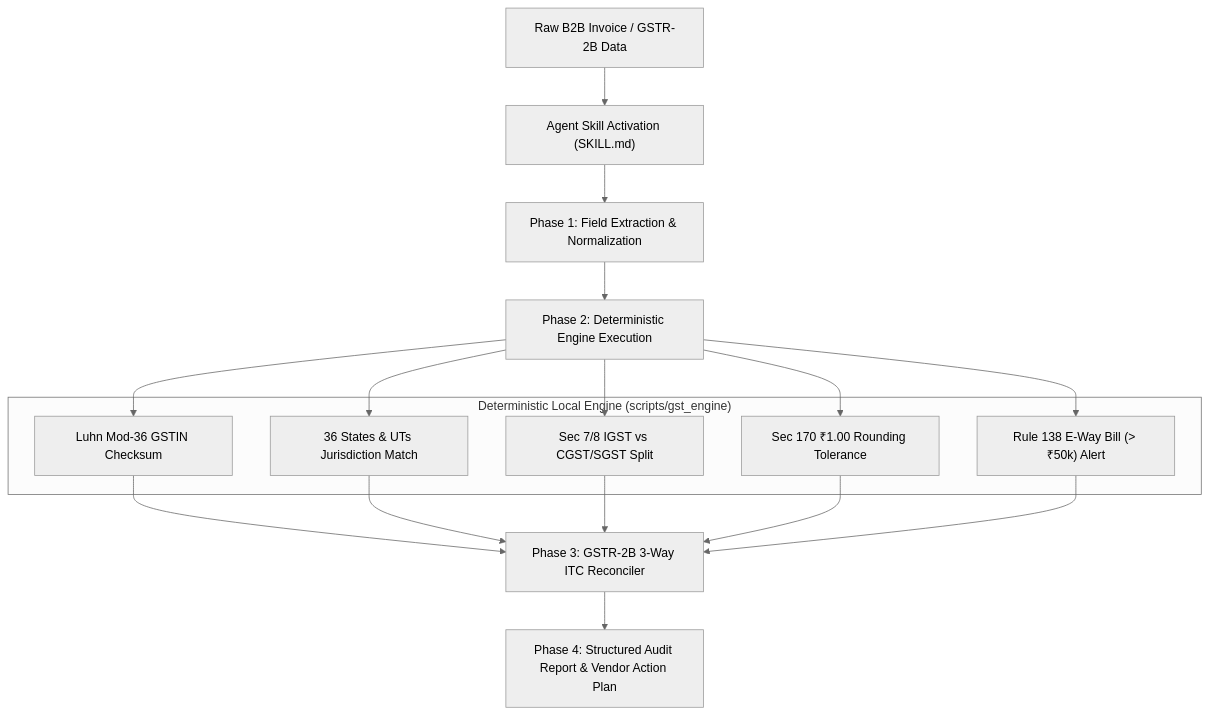
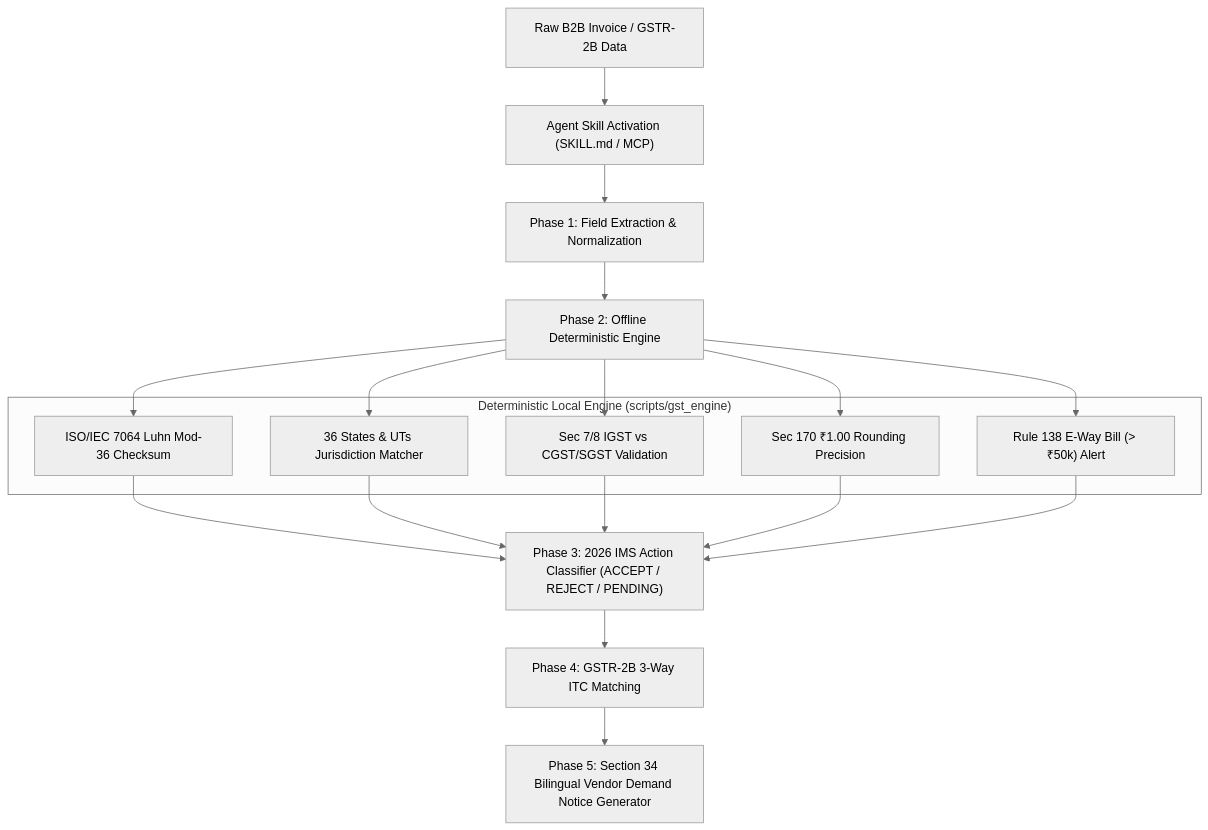
One commit to amankr-55/unstop-project changed the diagram in README.md. Above: the diagram before and after it, drawn with Mermaid (neutral theme). The commit also changed other lines of this file and 4 other files, not shown here.

Commit message:
feat(v2.0): add MCP server, 2026 IMS classification, step-by-step Luhn trace, and bilingual Section 34 notices

````diff
--- a/README.md
+++ b/README.md
@@ -28,23 +33,20 @@
 ```mermaid
 flowchart TD
-    A["Raw B2B Invoice / GSTR-2B Data"] --> B["Agent Skill Activation (SKILL.md)"]
+    A["Raw B2B Invoice / GSTR-2B Data"] --> B["Agent Skill Activation (SKILL.md / MCP)"]
     B --> C["Phase 1: Field Extraction & Normalization"]
-    C --> D["Phase 2: Deterministic Engine Execution"]
+    C --> D["Phase 2: Offline Deterministic Engine"]
     
     subgraph "Deterministic Local Engine (scripts/gst_engine)"
-        D1["Luhn Mod-36 GSTIN Checksum"]
-        D2["36 States & UTs Jurisdiction Match"]
-        D3["Sec 7/8 IGST vs CGST/SGST Split"]
-        D4["Sec 170 ₹1.00 Rounding Tolerance"]
+        D1["ISO/IEC 7064 Luhn Mod-36 Checksum"]
+        D2["36 States & UTs Jurisdiction Matcher"]
+        D3["Sec 7/8 IGST vs CGST/SGST Validation"]
+        D4["Sec 170 ₹1.00 Rounding Precision"]
         D5["Rule 138 E-Way Bill (> ₹50k) Alert"]
     end
     
-    D --> D1
-    D --> D2
-    D --> D3
-    D --> D4
-    D --> D5
+    D --> D1 & D2 & D3 & D4 & D5
     
-    D1 & D2 & D3 & D4 & D5 --> E["Phase 3: GSTR-2B 3-Way ITC Reconciler"]
-    E --> F["Phase 4: Structured Audit Report & Vendor Action Plan"]
+    D1 & D2 & D3 & D4 & D5 --> E["Phase 3: 2026 IMS Action Classifier (ACCEPT / REJECT / PENDING)"]
+    E --> F["Phase 4: GSTR-2B 3-Way ITC Matching"]
+    F --> G["Phase 5: Section 34 Bilingual Vendor Demand Notice Generator"]
 ```
````
